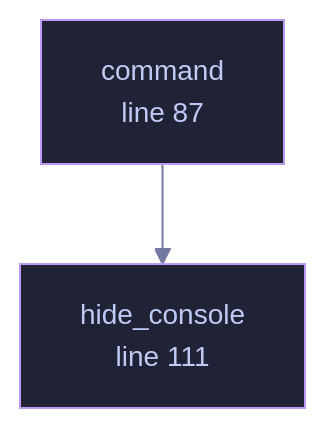
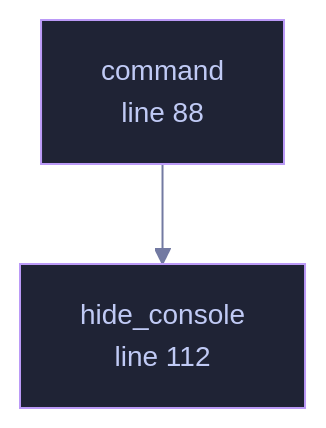
The diagram in docs/files/veilvoice-setup/lib.md (tilas01/veilvoice), drawn with Mermaid before and after one commit. The commit also changed other lines of this file and 24 other files, not shown here.

````diff
--- a/docs/files/veilvoice-setup/lib.md
+++ b/docs/files/veilvoice-setup/lib.md
@@ -109,13 +109,13 @@
 ```mermaid
 %%{init: {"theme":"base","themeVariables":{"background":"#1a1b26","primaryColor":"#1f2335","primaryTextColor":"#c0caf5","primaryBorderColor":"#7aa2f7","secondaryColor":"#16161e","tertiaryColor":"#16161e","lineColor":"#737aa2","textColor":"#c0caf5","mainBkg":"#1f2335","nodeBorder":"#7aa2f7","clusterBkg":"#16161e","clusterBorder":"#2f3549","fontFamily":"ui-monospace, SFMono-Regular, Consolas, monospace","fontSize":"14px"}}}%%
 flowchart TD
-    n_command["command<br/>line 87"]
-    n_hide_console["hide_console<br/>line 101"]
-    n_hide_console["hide_console<br/>line 111"]
+    n_command["command<br/>line 88"]
+    n_hide_console["hide_console<br/>line 102"]
+    n_hide_console["hide_console<br/>line 112"]
     n_command --> n_hide_console
-    click n_command href "https://github.com/tilas01/veilvoice/blob/main/crates/veilvoice-setup/src/lib.rs#L87" "open the source"
-    click n_hide_console href "https://github.com/tilas01/veilvoice/blob/main/crates/veilvoice-setup/src/lib.rs#L101" "open the source"
-    click n_hide_console href "https://github.com/tilas01/veilvoice/blob/main/crates/veilvoice-setup/src/lib.rs#L111" "open the source"
+    click n_command href "https://github.com/tilas01/veilvoice/blob/main/crates/veilvoice-setup/src/lib.rs#L88" "open the source"
+    click n_hide_console href "https://github.com/tilas01/veilvoice/blob/main/crates/veilvoice-setup/src/lib.rs#L102" "open the source"
+    click n_hide_console href "https://github.com/tilas01/veilvoice/blob/main/crates/veilvoice-setup/src/lib.rs#L112" "open the source"
     classDef helper fill:#1f2335,stroke:#bb9af7,color:#c0caf5
     class n_command,n_hide_console,n_hide_console helper
 ```
````
